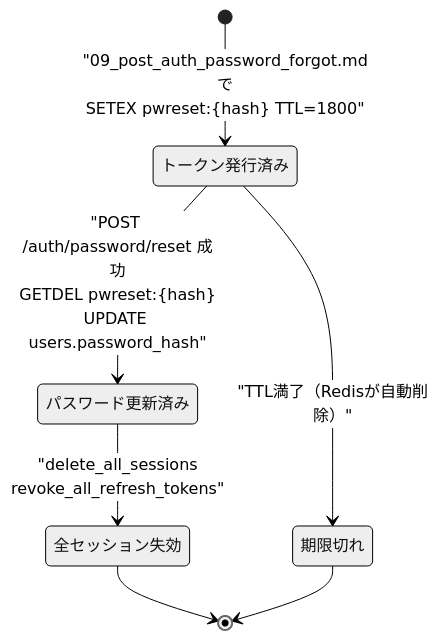
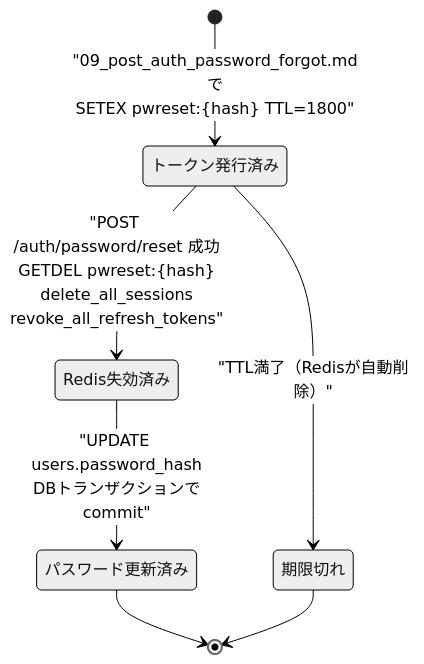
Before and after one commit to oikawa-d/task_management: the fourth of 4 diagrams in docs/detailed_design/api/auth/10_post_auth_password_reset.md, drawn with Mermaid (neutral theme). The commit also changed other lines of this file and 2 other files, not shown here.

````diff
--- a/docs/detailed_design/api/auth/10_post_auth_password_reset.md
+++ b/docs/detailed_design/api/auth/10_post_auth_password_reset.md
@@ -237,9 +240,9 @@
 ```mermaid
 stateDiagram-v2
     [*] --> トークン発行済み: "09_post_auth_password_forgot.mdで<br/>SETEX pwreset:{hash} TTL=1800"
-    トークン発行済み --> パスワード更新済み: "POST /auth/password/reset 成功<br/>GETDEL pwreset:{hash}<br/>UPDATE users.password_hash"
+    トークン発行済み --> Redis失効済み: "POST /auth/password/reset 成功<br/>GETDEL pwreset:{hash}<br/>delete_all_sessions<br/>revoke_all_refresh_tokens"
     トークン発行済み --> 期限切れ: "TTL満了（Redisが自動削除）"
-    パスワード更新済み --> 全セッション失効: "delete_all_sessions<br/>revoke_all_refresh_tokens"
-    全セッション失効 --> [*]
+    Redis失効済み --> パスワード更新済み: "UPDATE users.password_hash<br/>DBトランザクションでcommit"
+    パスワード更新済み --> [*]
     期限切れ --> [*]
 ```
````
